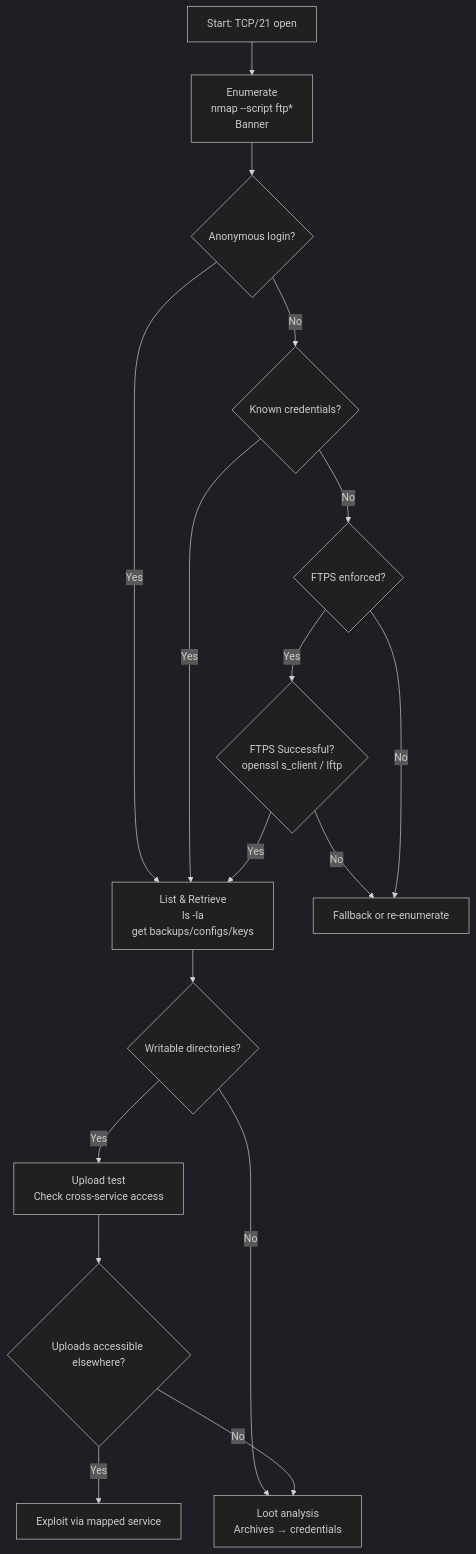
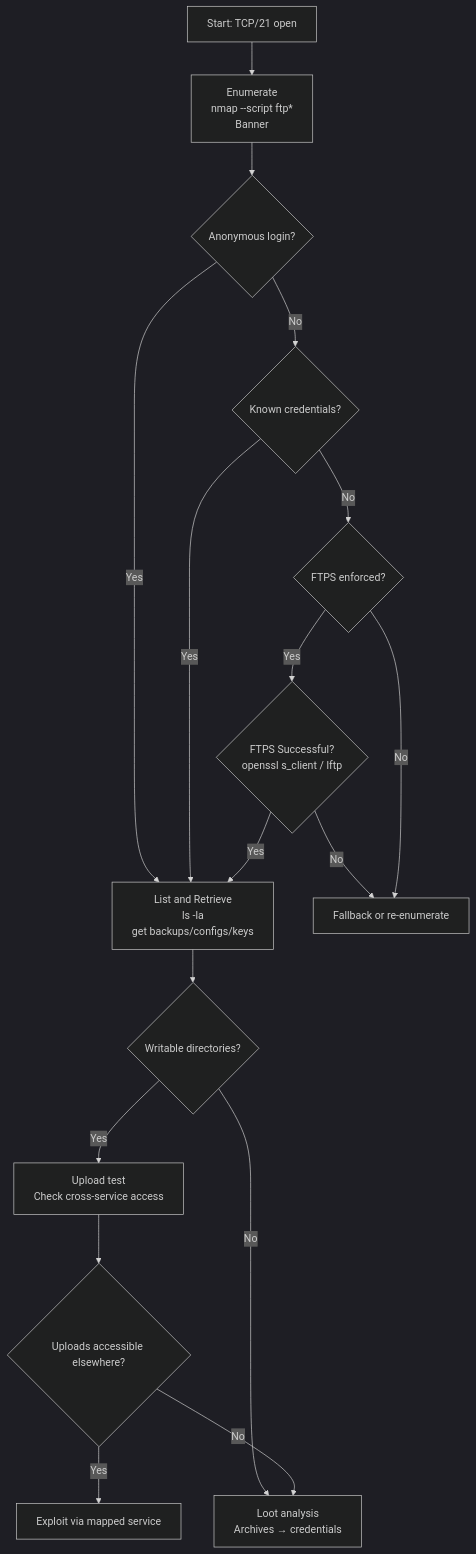
One commit to ericbulloch/kwmd changed the second of 10 diagrams in hacking_flow.md. Above: the diagram before and after it, drawn with Mermaid (dark theme). The commit also changed other lines of this file, not shown here.

````diff
--- a/hacking_flow.md
+++ b/hacking_flow.md
@@ -136,26 +136,26 @@
 ```mermaid
 flowchart TD
 A[Start: TCP/21 open] --> B[Enumerate
 nmap --script ftp*
 Banner]
 B --> C{Anonymous login?}
-C -- Yes --> D[List & Retrieve
+C -- Yes --> D[List and Retrieve
 ls -la
 get backups/configs/keys]
 C -- No --> E{Known credentials?}
 E -- Yes --> D
 E -- No --> G{FTPS enforced?}
 G -- Yes --> H{FTPS Successful?
 openssl s_client / lftp}
 H -- No --> I
 H -- Yes --> D
 G -- No --> I[Fallback or re-enumerate]
 D --> J{Writable directories?}
 J -- Yes --> K[Upload test
 Check cross-service access]
 J -- No --> L[Loot analysis
 Archives → credentials]
 K --> M{Uploads accessible elsewhere?}
 M -- Yes --> N[Exploit via mapped service]
 M -- No --> L
 ```
````
